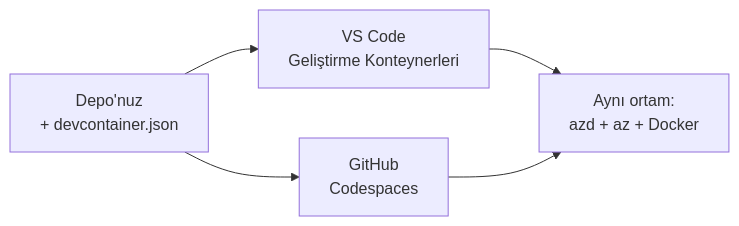
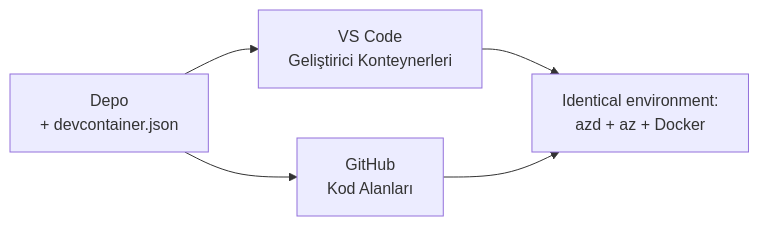
The diagram in translations/tr/docs/chapter-01-foundation/dev-containers.md (microsoft/AZD-for-beginners), drawn with Mermaid before and after one commit. The commit also changed other lines of this file and 61 other files, not shown here.

````diff
--- a/translations/tr/docs/chapter-01-foundation/dev-containers.md
+++ b/translations/tr/docs/chapter-01-foundation/dev-containers.md
@@ -41,7 +41,7 @@
 ```mermaid
 graph LR
-    Repo[Depo'nuz<br/>+ devcontainer.json] --> VSCode[VS Code<br/>Geliştirme Konteynerleri]
-    Repo --> Codespaces[GitHub<br/>Codespaces]
-    VSCode --> Env[Aynı ortam:<br/>azd + az + Docker]
+    Repo[Depo<br/>+ devcontainer.json] --> VSCode[VS Code<br/>Geliştirici Konteynerleri]
+    Repo --> Codespaces[GitHub<br/>Kod Alanları]
+    VSCode --> Env[Identical environment:<br/>azd + az + Docker]
     Codespaces --> Env
 ```
````
